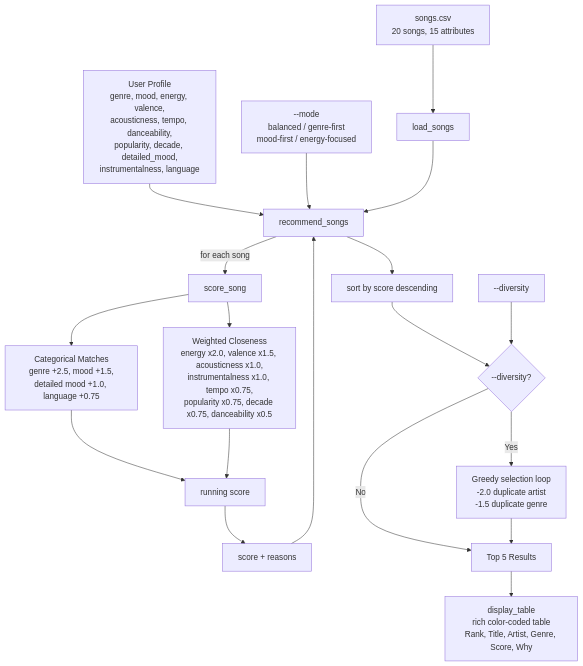
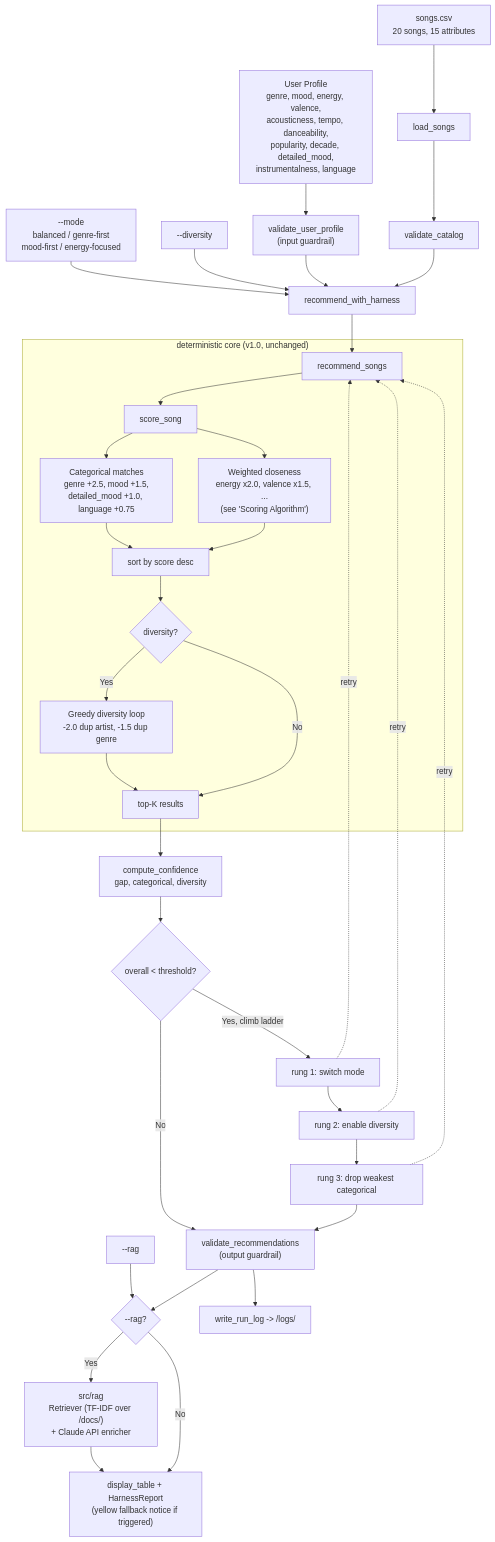
One commit to bbdevelops/applied-ai-system-project changed the first of 2 diagrams in README.md. Above: the diagram before and after it, drawn with Mermaid. The commit also changed other lines of this file and 62 other files, not shown here.

Commit message:
First implementation of Resonance Selector 2 with RAG harness and test/evaluation script

````diff
--- a/README.md
+++ b/README.md
@@ -90,32 +106,50 @@
 ```mermaid
 flowchart TD
     UP["User Profile<br/>genre, mood, energy, valence,<br/>acousticness, tempo, danceability,<br/>popularity, decade, detailed_mood,<br/>instrumentalness, language"]
     CSV["songs.csv<br/>20 songs, 15 attributes"]
     MODE["--mode<br/>balanced / genre-first<br/>mood-first / energy-focused"]
     DF["--diversity"]
+    RAGFLAG["--rag"]
 
+    UP --> VIN["validate_user_profile<br/>(input guardrail)"]
     CSV --> LS[load_songs]
-    UP --> RS
-    MODE --> RS
-    LS --> RS[recommend_songs]
+    LS --> VCAT["validate_catalog"]
+    VIN --> RWH["recommend_with_harness"]
+    VCAT --> RWH
+    MODE --> RWH
+    DF --> RWH
 
-    RS -->|for each song| SS[score_song]
+    subgraph CORE["deterministic core (v1.0, unchanged)"]
+        RS[recommend_songs] --> SS[score_song]
+        SS --> CAT["Categorical matches<br/>genre +2.5, mood +1.5,<br/>detailed_mood +1.0, language +0.75"]
+        SS --> WC["Weighted closeness<br/>energy x2.0, valence x1.5, ...<br/>(see 'Scoring Algorithm')"]
+        CAT --> SORT["sort by score desc"]
+        WC --> SORT
+        SORT --> DIVQ{"diversity?"}
+        DIVQ -->|Yes| GREEDY["Greedy diversity loop<br/>-2.0 dup artist, -1.5 dup genre"]
+        DIVQ -->|No| TOPK
+        GREEDY --> TOPK["top-K results"]
+    end
 
-    SS --> CAT["Categorical Matches<br/>genre +2.5, mood +1.5,<br/>detailed mood +1.0, language +0.75"]
-    CAT --> SC[running score]
+    RWH --> RS
+    TOPK --> CONF["compute_confidence<br/>gap, categorical, diversity"]
 
-    SS --> WC["Weighted Closeness<br/>energy x2.0, valence x1.5, acousticness x1.0,<br/>instrumentalness x1.0, tempo x0.75,<br/>popularity x0.75, decade x0.75, danceability x0.5"]
-    WC --> SC
+    CONF --> CHK{"overall < threshold?"}
+    CHK -->|No| VOUT
+    CHK -->|Yes, climb ladder| L1["rung 1: switch mode"]
+    L1 -.retry.-> RS
+    L1 --> L2["rung 2: enable diversity"]
+    L2 -.retry.-> RS
+    L2 --> L3["rung 3: drop weakest categorical"]
+    L3 -.retry.-> RS
+    L3 --> VOUT["validate_recommendations<br/>(output guardrail)"]
 
-    SC --> SRL["score + reasons"]
-    SRL --> RS
+    VOUT --> RAGQ{"--rag?"}
+    RAGFLAG --> RAGQ
+    RAGQ -->|Yes| RAG["src/rag<br/>Retriever (TF-IDF over /docs/)<br/>+ Claude API enricher"]
+    RAGQ -->|No| DT
+    RAG --> DT
 
-    RS --> SORT["sort by score descending"]
-    SORT --> DIVQ{"--diversity?"}
-    DF --> DIVQ
-    DIVQ -->|No| TOP["Top 5 Results"]
-    DIVQ -->|Yes| GREEDY["Greedy selection loop<br/>-2.0 duplicate artist<br/>-1.5 duplicate genre"]
-    GREEDY --> TOP
-
-    TOP --> DT["display_table<br/>rich color-coded table<br/>Rank, Title, Artist, Genre, Score, Why"]
+    DT["display_table + HarnessReport<br/>(yellow fallback notice if triggered)"]
+    VOUT --> LOG["write_run_log -> /logs/"]
 ```
````
